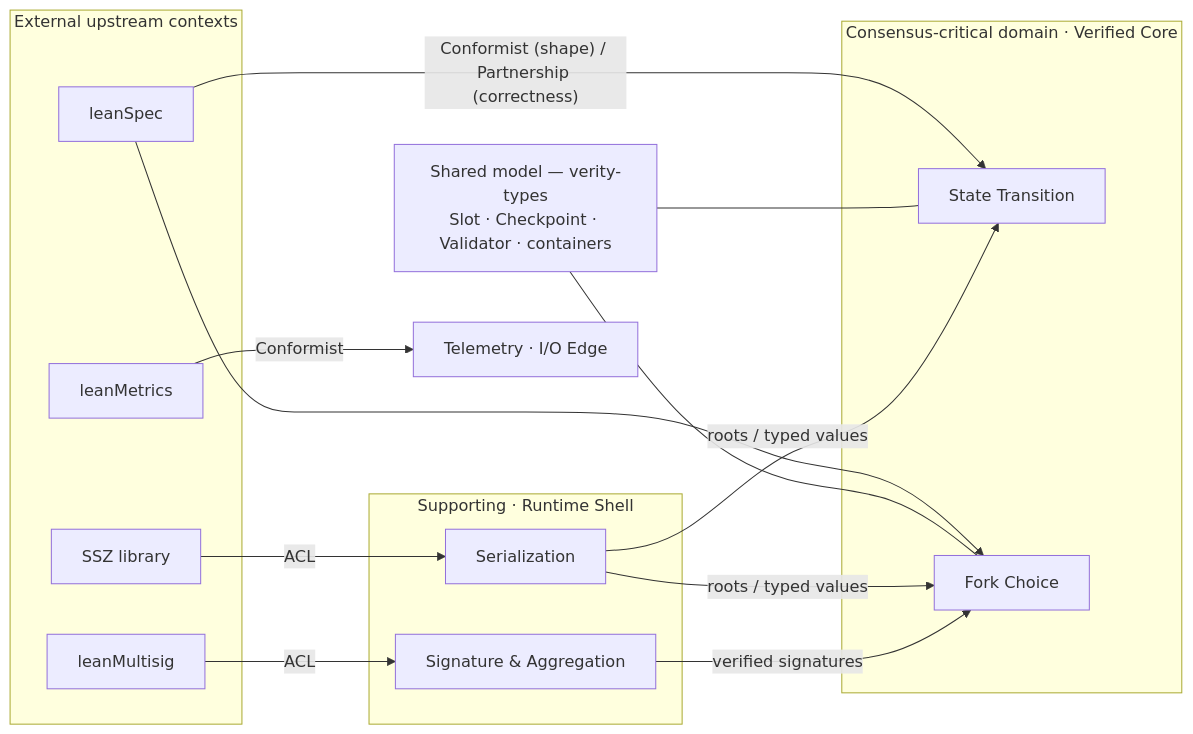
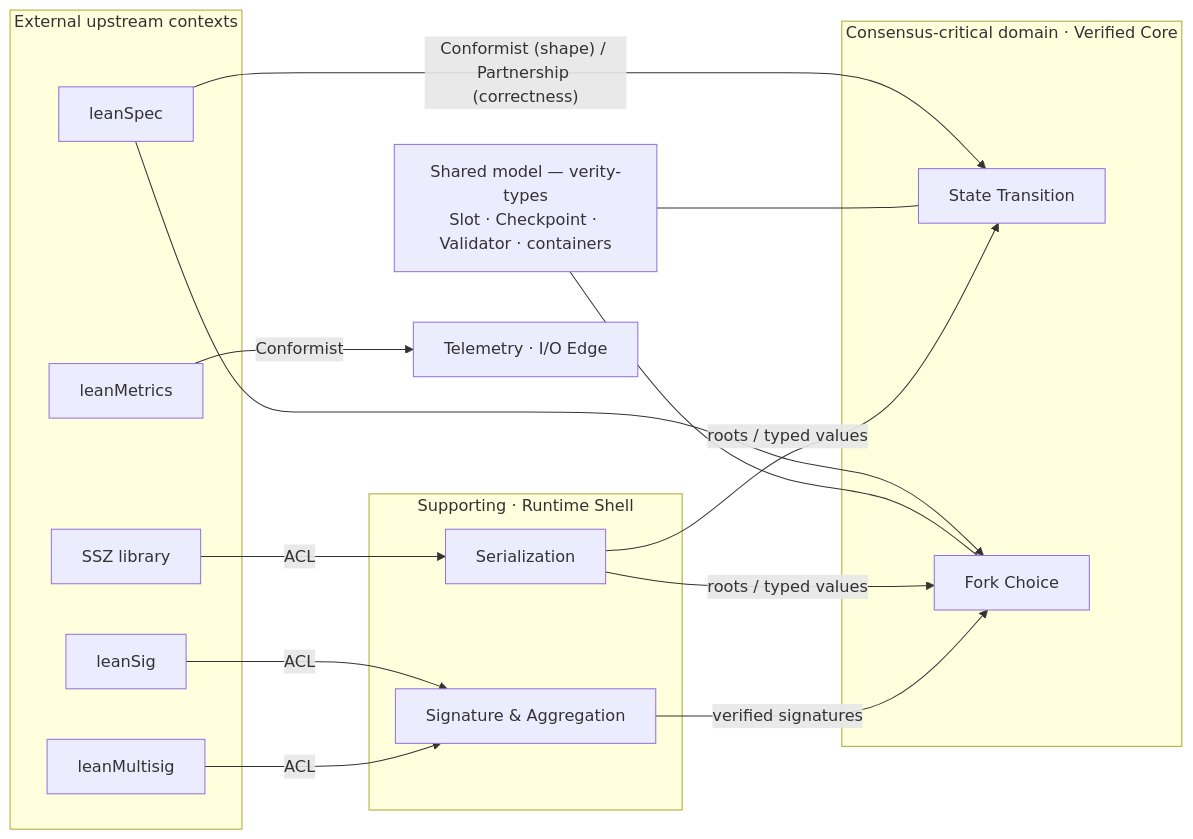
Before and after one commit to NyxFoundation/verity: the first of 4 diagrams in DOMAIN_MODEL.md, drawn with Mermaid. The commit also changed other lines of this file and 3 other files, not shown here.

````diff
--- a/DOMAIN_MODEL.md
+++ b/DOMAIN_MODEL.md
@@ -83,29 +84,31 @@
 ```mermaid
 flowchart LR
     subgraph ext["External upstream contexts"]
         SPEC["leanSpec"]
+        SIGLIB["leanSig"]
         MULTI["leanMultisig"]
         METR["leanMetrics"]
         SSZ["SSZ library"]
     end
     subgraph consensusD["Consensus-critical domain · Verified Core"]
         ST["State Transition"]
         FC["Fork Choice"]
     end
     subgraph supp["Supporting · Runtime Shell"]
         SIG["Signature & Aggregation"]
         SER["Serialization"]
     end
     SK["Shared model — verity-types<br/>Slot · Checkpoint · Validator · containers"]
     TEL["Telemetry · I/O Edge"]
     SPEC -->|"Conformist (shape) / Partnership (correctness)"| ST
     SPEC --> FC
+    SIGLIB -->|ACL| SIG
     MULTI -->|ACL| SIG
     METR -->|Conformist| TEL
     SSZ -->|ACL| SER
     SK --- ST
     SK --- FC
     SER -->|"roots / typed values"| ST
     SER -->|"roots / typed values"| FC
     SIG -->|"verified signatures"| FC
 ```
````
